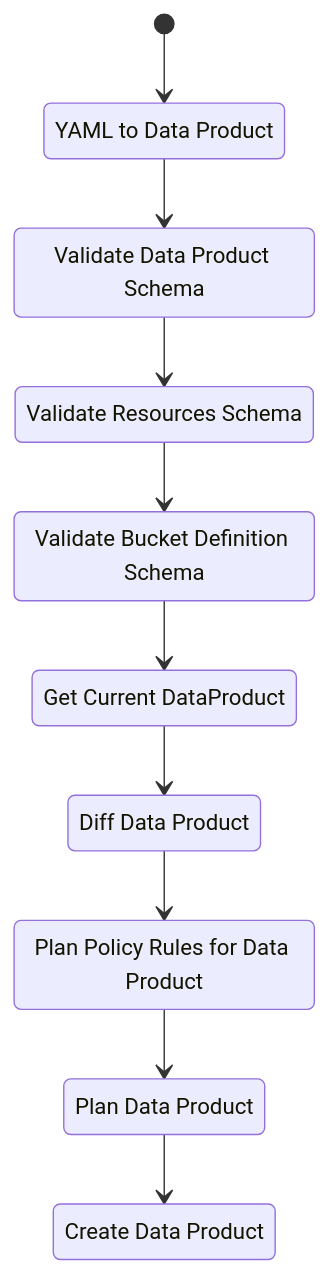
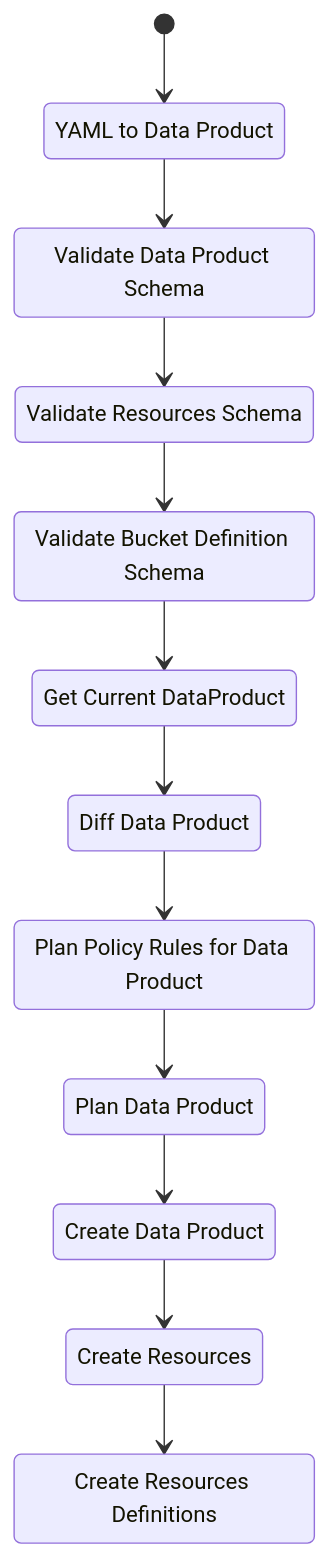
Before and after one commit to fabiangftech/catamesh: the diagram in docs/en/architecture/diagrams/apply.data-product.mmd, drawn with Mermaid. The commit also changed 2 other files, not shown here.

Commit message:
doc: correction's in diagrams

```diff
--- a/docs/en/architecture/diagrams/apply.data-product.mmd
+++ b/docs/en/architecture/diagrams/apply.data-product.mmd
@@ -1,20 +1,24 @@
 stateDiagram-v2
     yamlToDataProduct : YAML to Data Product
     validateDataProductSchema: Validate Data Product Schema
     validateResourceSchema: Validate Resources Schema
     validateBucketDefinitionSchema: Validate Bucket Definition Schema
     diffDataProductHandler: Diff Data Product
     loadCurrentDataProductForDiff: Get Current DataProduct
     planDataProductPolicyRule: Plan Policy Rules for Data Product
     planDataProduct: Plan Data Product
     createDataProduct: Create Data Product
+    createResources: Create Resources
+    createResourcesDefinitions: Create Resources Definitions
 
     [*] --> yamlToDataProduct
     yamlToDataProduct --> validateDataProductSchema
     validateDataProductSchema --> validateResourceSchema
     validateResourceSchema --> validateBucketDefinitionSchema
     validateBucketDefinitionSchema --> loadCurrentDataProductForDiff
     loadCurrentDataProductForDiff --> diffDataProductHandler
     diffDataProductHandler --> planDataProductPolicyRule
     planDataProductPolicyRule --> planDataProduct
     planDataProduct --> createDataProduct
+    createDataProduct --> createResources
+    createResources --> createResourcesDefinitions
```
